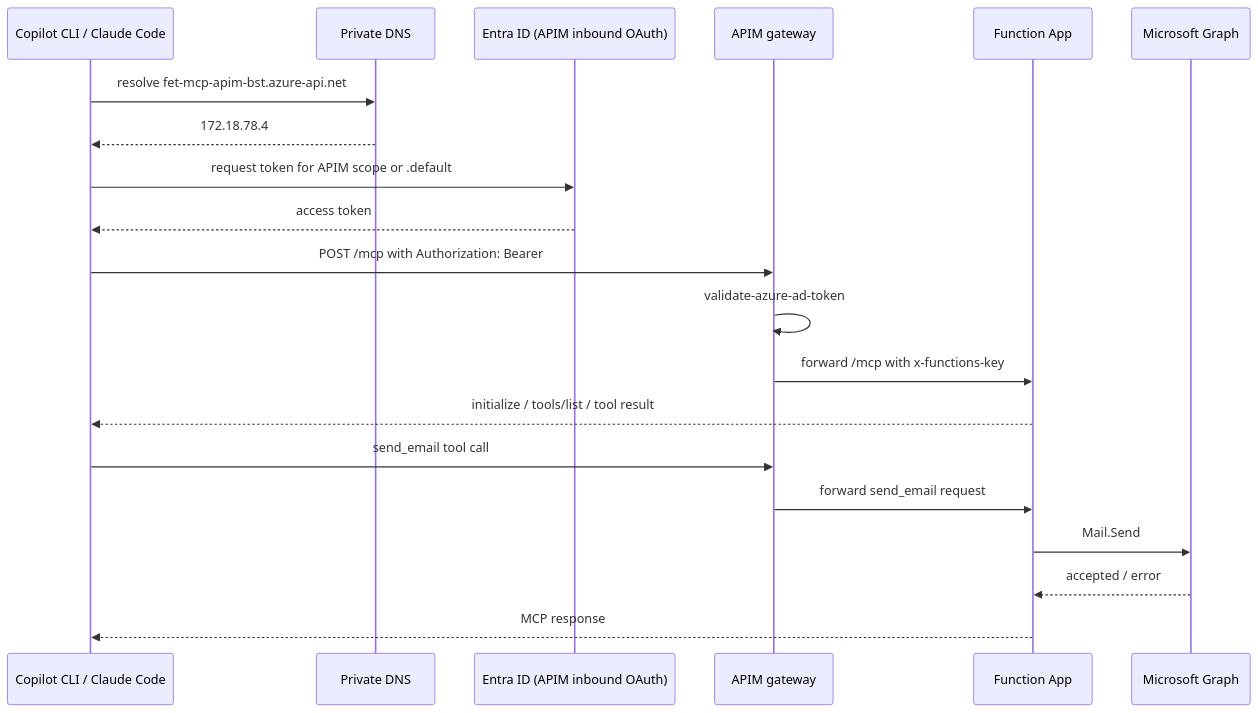
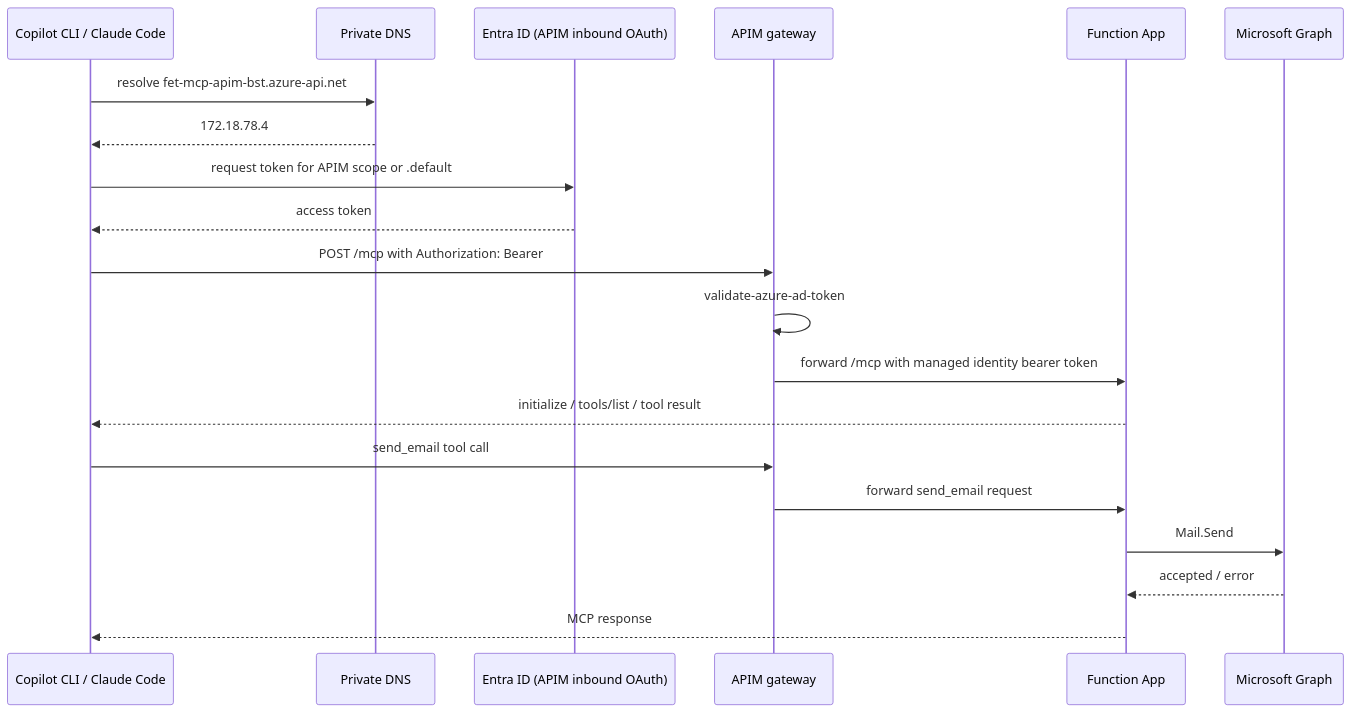
Before and after one commit to Fet-ycliang/mcp-dotnet-samples: the second of 2 diagrams in outlook-email/README.md, drawn with Mermaid. The commit also changed other lines of this file and 56 other files, not shown here.

````diff
--- a/outlook-email/README.md
+++ b/outlook-email/README.md
@@ -917,23 +1020,23 @@
 ```mermaid
 sequenceDiagram
     participant Client as Copilot CLI / Claude Code
     participant DNS as Private DNS
     participant EntraIn as Entra ID (APIM inbound OAuth)
     participant APIM as APIM gateway
     participant Func as Function App
     participant Graph as Microsoft Graph
 
     Client->>DNS: resolve fet-mcp-apim-bst.azure-api.net
     DNS-->>Client: 172.18.78.4
     Client->>EntraIn: request token for APIM scope or .default
     EntraIn-->>Client: access token
     Client->>APIM: POST /mcp with Authorization: Bearer
     APIM->>APIM: validate-azure-ad-token
-    APIM->>Func: forward /mcp with x-functions-key
+    APIM->>Func: forward /mcp with managed identity bearer token
     Func-->>Client: initialize / tools/list / tool result
     Client->>APIM: send_email tool call
     APIM->>Func: forward send_email request
     Func->>Graph: Mail.Send
     Graph-->>Func: accepted / error
     Func-->>Client: MCP response
 ```
````
